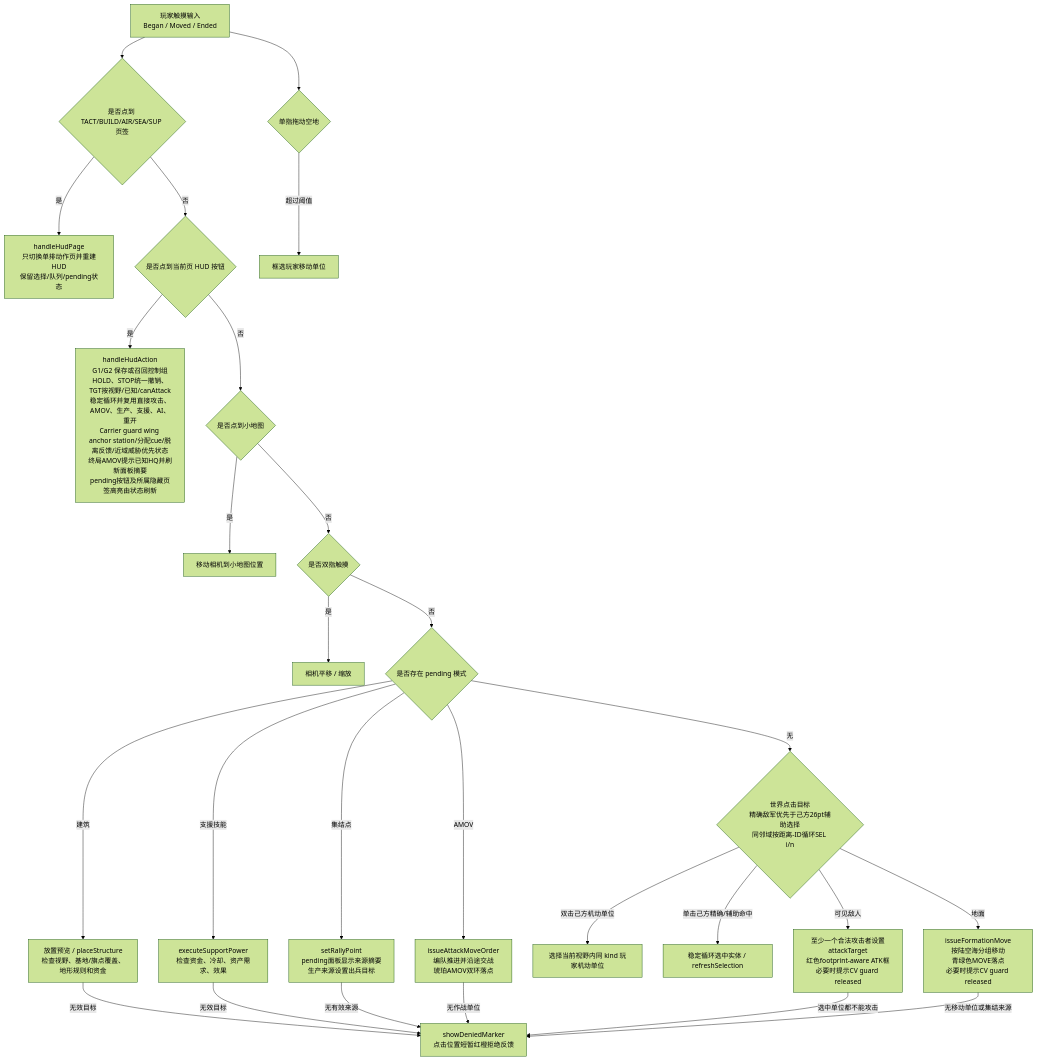
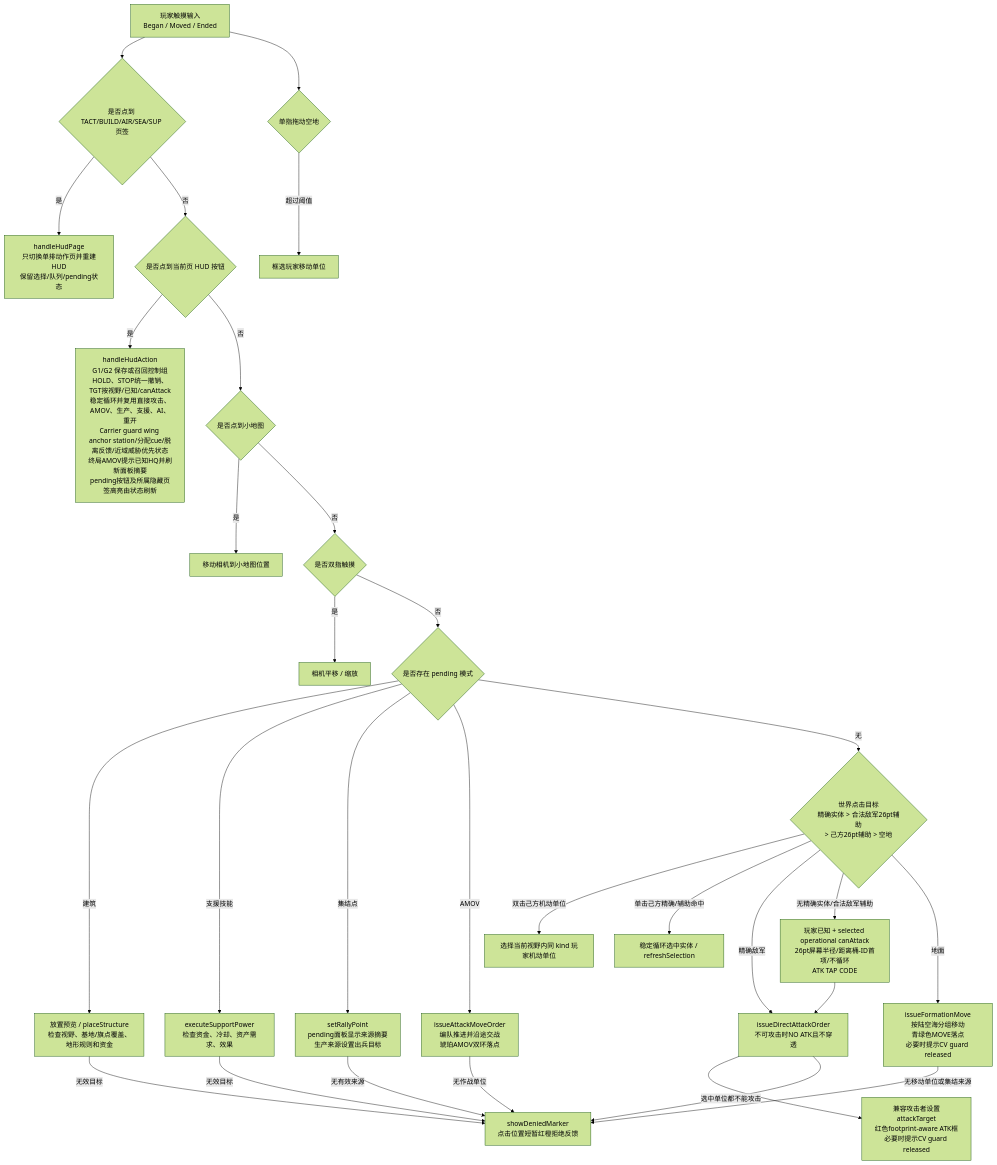
One commit to Altman-sam114/1145 changed the second of 3 diagrams in md/flow/flowchart.md. Above: the diagram before and after it, drawn with Mermaid (forest theme). The commit also changed other lines of this file and 6 other files, not shown here.

````diff
--- a/md/flow/flowchart.md
+++ b/md/flow/flowchart.md
@@ -37,29 +37,32 @@
 ```mermaid
 flowchart TD
   Touch["玩家触摸输入\nBegan / Moved / Ended"] --> PageCheck{"是否点到 TACT/BUILD/AIR/SEA/SUP 页签"}
   PageCheck -- "是" --> PageSwitch["handleHudPage\n只切换单排动作页并重建HUD\n保留选择/队列/pending状态"]
   PageCheck -- "否" --> HUDCheck{"是否点到当前页 HUD 按钮"}
   HUDCheck -- "是" --> HudAction["handleHudAction\nG1/G2 保存或召回控制组\nHOLD、STOP统一撤销、TGT按视野/已知/canAttack稳定循环并复用直接攻击、AMOV、生产、支援、AI、重开\nCarrier guard wing anchor station/分配cue/脱离反馈/近域威胁优先状态\n终局AMOV提示已知HQ并刷新面板摘要\npending按钮及所属隐藏页签高亮由状态刷新"]
   HUDCheck -- "否" --> MiniMap{"是否点到小地图"}
   MiniMap -- "是" --> Camera["移动相机到小地图位置"]
   MiniMap -- "否" --> MultiTouch{"是否双指触摸"}
   MultiTouch -- "是" --> PanZoom["相机平移 / 缩放"]
   MultiTouch -- "否" --> Pending{"是否存在 pending 模式"}
   Pending -- "建筑" --> Place["放置预览 / placeStructure\n检查视野、基地/旗点覆盖、地形规则和资金"]
   Pending -- "支援技能" --> Support["executeSupportPower\n检查资金、冷却、资产需求、效果"]
   Pending -- "集结点" --> Rally["setRallyPoint\npending面板显示来源摘要\n生产来源设置出兵目标"]
   Pending -- "AMOV" --> AttackMove["issueAttackMoveOrder\n编队推进并沿途交战\n琥珀AMOV双环落点"]
   Place -- "无效目标" --> Denied["showDeniedMarker\n点击位置短暂红橙拒绝反馈"]
   Support -- "无效目标" --> Denied
   Rally -- "无有效来源" --> Denied
   AttackMove -- "无作战单位" --> Denied
-  Pending -- "无" --> WorldTap{"世界点击目标\n精确敌军优先于己方26pt辅助选择\n同邻域按距离-ID循环SEL i/n"}
+  Pending -- "无" --> WorldTap{"世界点击目标\n精确实体 > 合法敌军26pt辅助\n> 己方26pt辅助 > 空地"}
   WorldTap -- "双击己方机动单位" --> TypeSelect["选择当前视野内同 kind 玩家机动单位"]
   WorldTap -- "单击己方精确/辅助命中" --> Select["稳定循环选中实体 / refreshSelection"]
-  WorldTap -- "可见敌人" --> Attack["至少一个合法攻击者设置attackTarget\n红色footprint-aware ATK框\n必要时提示CV guard released"]
+  WorldTap -- "精确敌军" --> Attack["issueDirectAttackOrder\n不可攻击时NO ATK且不穿透"]
+  WorldTap -- "无精确实体/合法敌军辅助" --> AssistAttack["玩家已知 + selected operational canAttack\n26pt屏幕半径/距离桶-ID首项/不循环\nATK TAP CODE"]
+  AssistAttack --> Attack
+  Attack --> AttackResult["兼容攻击者设置attackTarget\n红色footprint-aware ATK框\n必要时提示CV guard released"]
   WorldTap -- "地面" --> Move["issueFormationMove\n按陆空海分组移动\n青绿色MOVE落点\n必要时提示CV guard released"]
   Attack -- "选中单位都不能攻击" --> Denied
   Move -- "无移动单位或集结来源" --> Denied
   Touch --> Drag{"单指拖动空地"}
   Drag -- "超过阈值" --> Box["框选玩家移动单位"]
 ```
````
